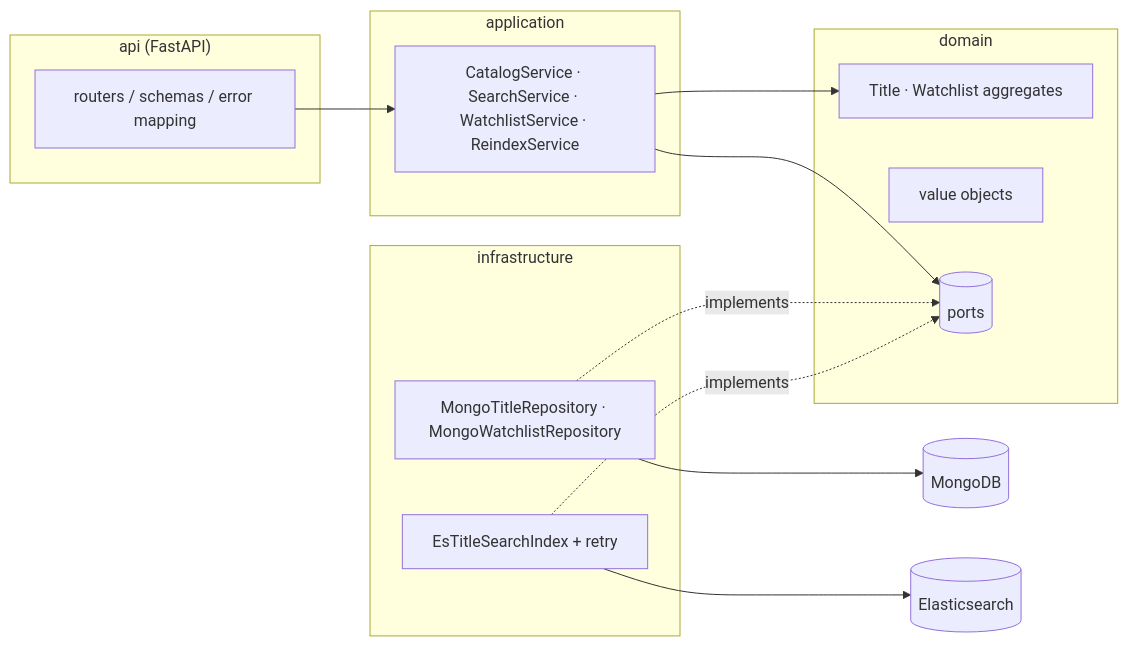
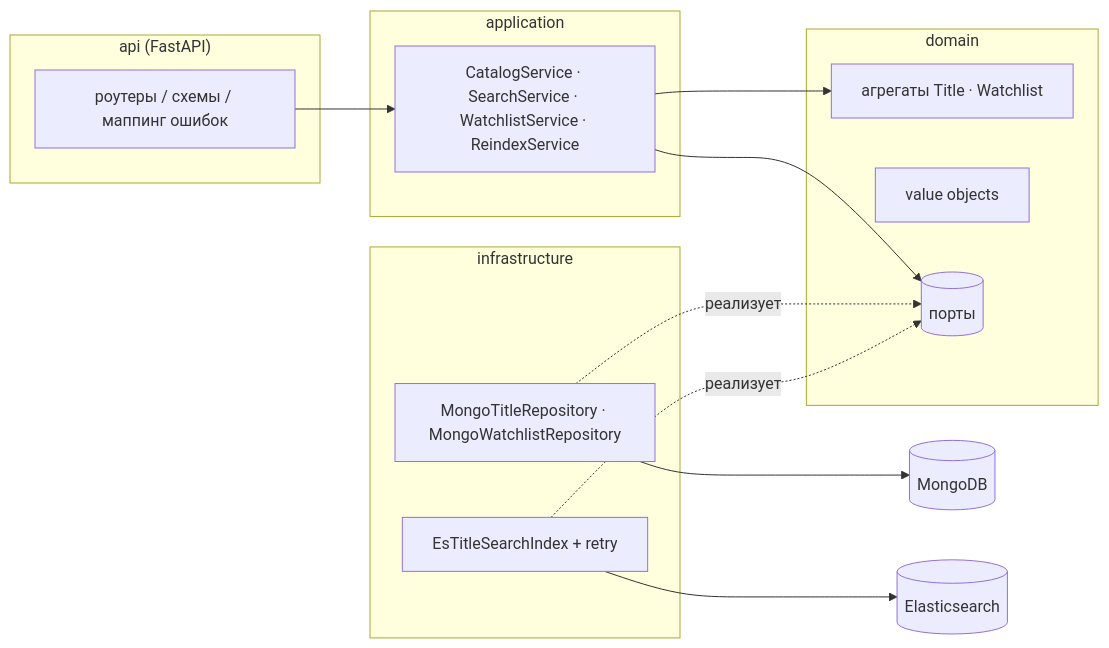
The diagram in README.md (mxmaslin/elastic_mongo), drawn with Mermaid before and after one commit. The commit also changed other lines of this file, not shown here.

````diff
--- a/README.md
+++ b/README.md
@@ -25,24 +28,24 @@
 ```mermaid
 flowchart LR
     subgraph API["api (FastAPI)"]
-        R[routers / schemas / error mapping]
+        R[роутеры / схемы / маппинг ошибок]
     end
     subgraph APP["application"]
         UC[CatalogService · SearchService · WatchlistService · ReindexService]
     end
     subgraph DOM["domain"]
-        AGG[Title · Watchlist aggregates]
+        AGG[агрегаты Title · Watchlist]
         VO[value objects]
-        P[(ports)]
+        P[(порты)]
     end
     subgraph INF["infrastructure"]
         M[MongoTitleRepository · MongoWatchlistRepository]
         E[EsTitleSearchIndex + retry]
     end
     R --> UC --> AGG
     UC --> P
-    M -. implements .-> P
-    E -. implements .-> P
+    M -. реализует .-> P
+    E -. реализует .-> P
     M --> MongoDB[(MongoDB)]
     E --> ES[(Elasticsearch)]
 ```
````
